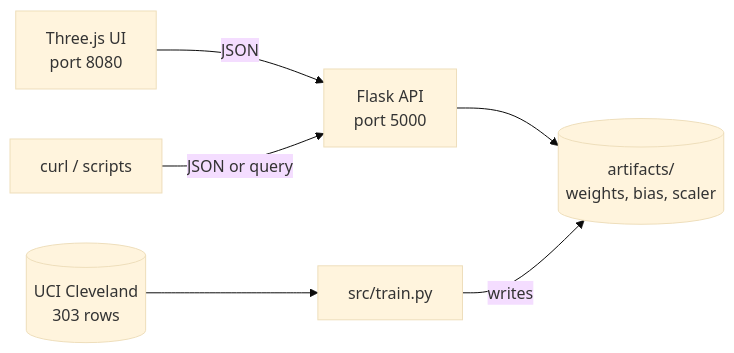
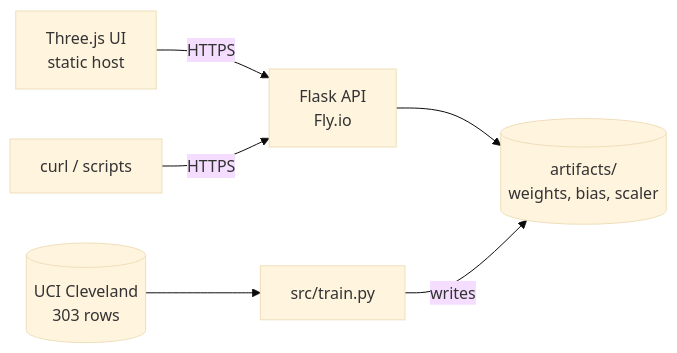
The diagram in README.md (Eng-ZAKARIAE-AI/devops-pipline-applied-in-logistic-regression-heart-disease-project), drawn with Mermaid (base theme) before and after one commit. The commit also changed other lines of this file, not shown here.

````diff
--- a/README.md
+++ b/README.md
@@ -60,8 +39,8 @@
 ```mermaid
 flowchart LR
-    UI[Three.js UI<br/>port 8080] -- JSON --> API[Flask API<br/>port 5000]
-    CLI[curl / scripts] -- JSON or query --> API
+    UI[Three.js UI<br/>static host] -- HTTPS --> API[Flask API<br/>Fly.io]
+    CLI[curl / scripts] -- HTTPS --> API
     API --> ART[(artifacts/<br/>weights, bias, scaler)]
     TRAIN[src/train.py] -- writes --> ART
     DATA[(UCI Cleveland<br/>303 rows)] --> TRAIN
 ```
````
